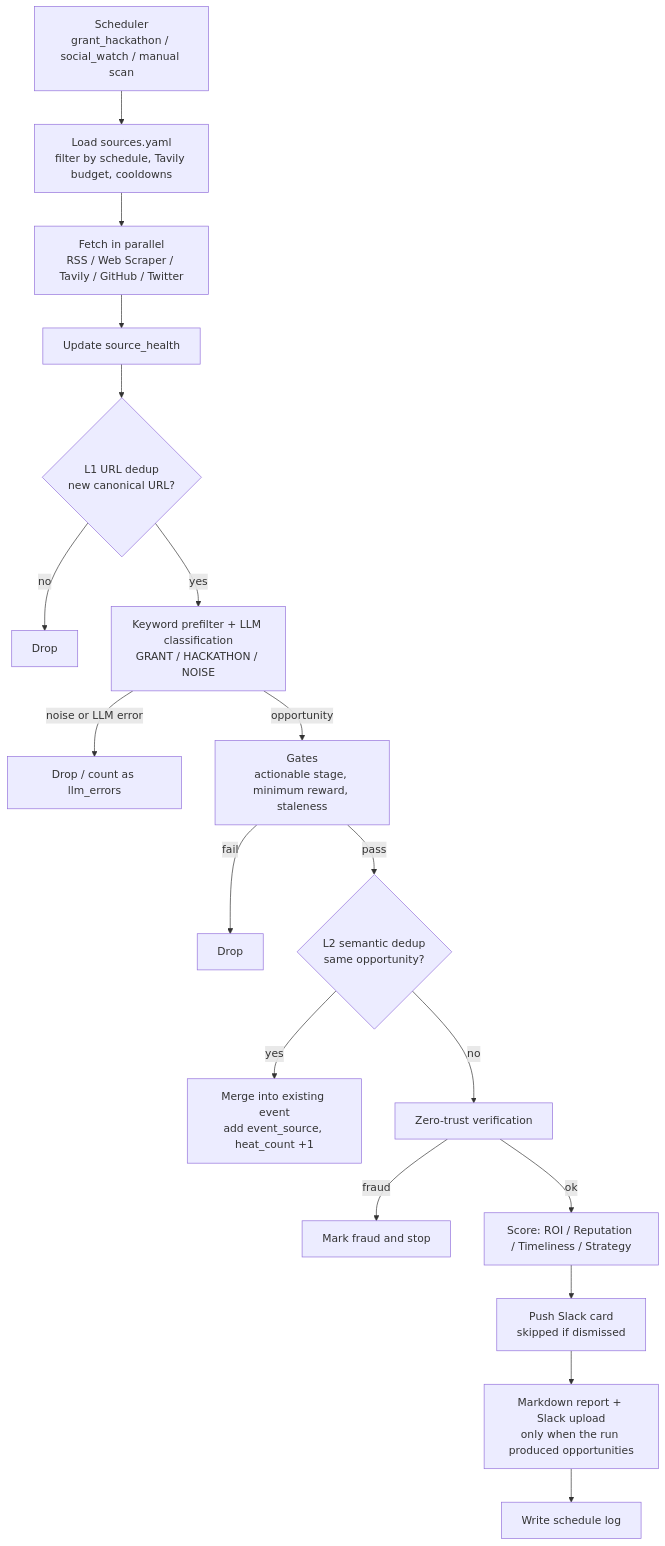
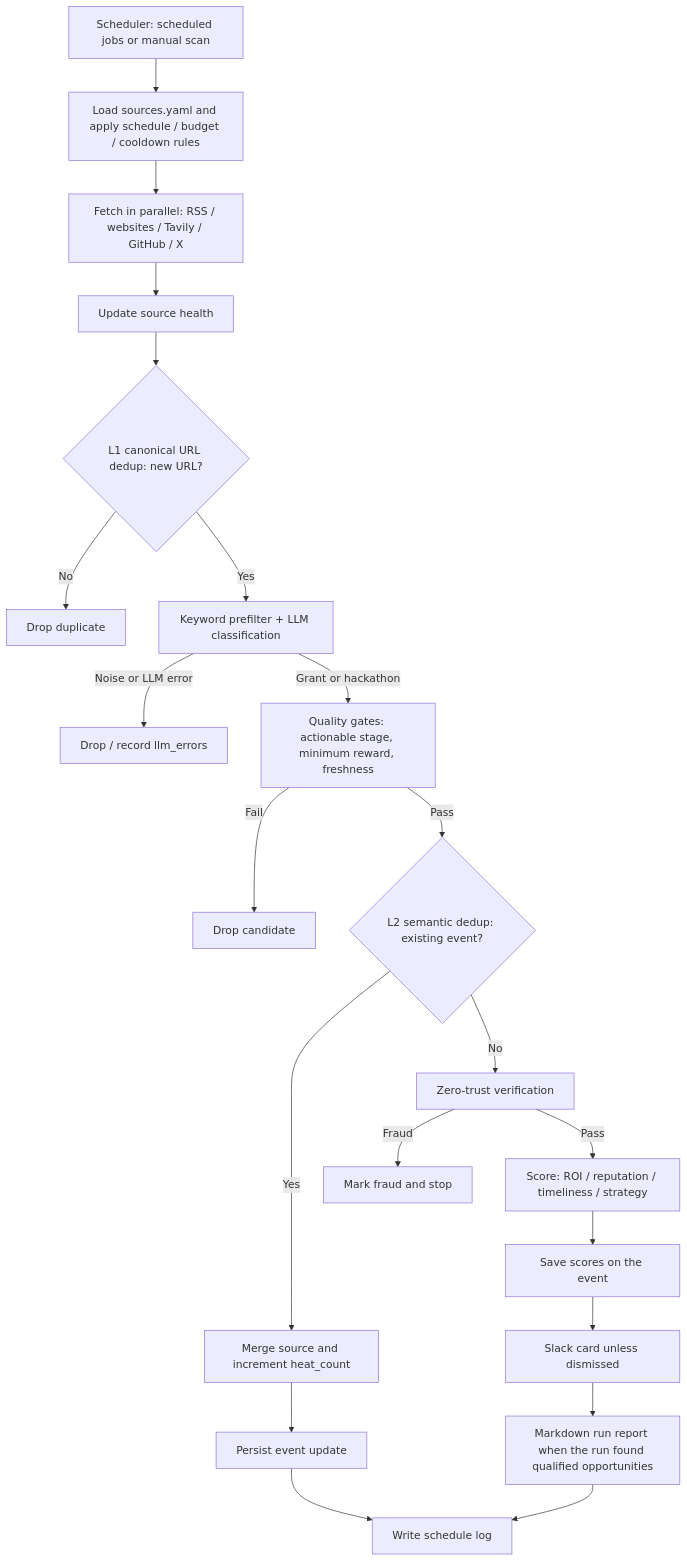
One commit to sunnybai01/web3-grant-radar changed the diagram in README.md. Above: the diagram before and after it, drawn with Mermaid. The commit also changed other lines of this file and 3 other files, not shown here.

First line of the commit message:
docs: new README with architecture diagram

````diff
--- a/README.md
+++ b/README.md
@@ -32,20 +63,23 @@
 ```mermaid
 flowchart TD
-  A[Scheduler<br/>grant_hackathon / social_watch / manual scan] --> B[Load sources.yaml<br/>filter by schedule, Tavily budget, cooldowns]
-  B --> C[Fetch in parallel<br/>RSS / Web Scraper / Tavily / GitHub / Twitter]
-  C --> D[Update source_health]
-  D --> E{L1 URL dedup<br/>new canonical URL?}
-  E -->|no| X1[Drop]
-  E -->|yes| F[Keyword prefilter + LLM classification<br/>GRANT / HACKATHON / NOISE]
-  F -->|noise or LLM error| X2[Drop / count as llm_errors]
-  F -->|opportunity| G[Gates<br/>actionable stage, minimum reward, staleness]
-  G -->|fail| X3[Drop]
-  G -->|pass| H{L2 semantic dedup<br/>same opportunity?}
-  H -->|yes| I[Merge into existing event<br/>add event_source, heat_count +1]
-  H -->|no| J[Zero-trust verification]
-  J -->|fraud| X4[Mark fraud and stop]
-  J -->|ok| K[Score: ROI / Reputation / Timeliness / Strategy]
-  K --> L[Push Slack card<br/>skipped if dismissed]
-  L --> M[Markdown report + Slack upload<br/>only when the run produced opportunities]
-  M --> N[Write schedule log]
+  A[Scheduler: scheduled jobs or manual scan] --> B[Load sources.yaml and apply schedule / budget / cooldown rules]
+  B --> C[Fetch in parallel: RSS / websites / Tavily / GitHub / X]
+  C --> D[Update source health]
+  D --> E{L1 canonical URL dedup: new URL?}
+  E -->|No| X1[Drop duplicate]
+  E -->|Yes| F[Keyword prefilter + LLM classification]
+  F -->|Noise or LLM error| X2[Drop / record llm_errors]
+  F -->|Grant or hackathon| G[Quality gates: actionable stage, minimum reward, freshness]
+  G -->|Fail| X3[Drop candidate]
+  G -->|Pass| H{L2 semantic dedup: existing event?}
+  H -->|Yes| I[Merge source and increment heat_count]
+  I --> P[Persist event update]
+  H -->|No| J[Zero-trust verification]
+  J -->|Fraud| X4[Mark fraud and stop]
+  J -->|Pass| K[Score: ROI / reputation / timeliness / strategy]
+  K --> Q[Save scores on the event]
+  Q --> M[Slack card unless dismissed]
+  M --> R[Markdown run report when the run found qualified opportunities]
+  P --> N[Write schedule log]
+  R --> N
 ```
````
